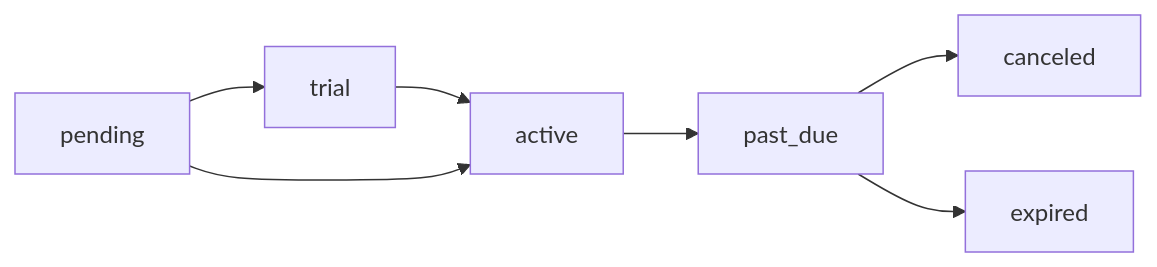
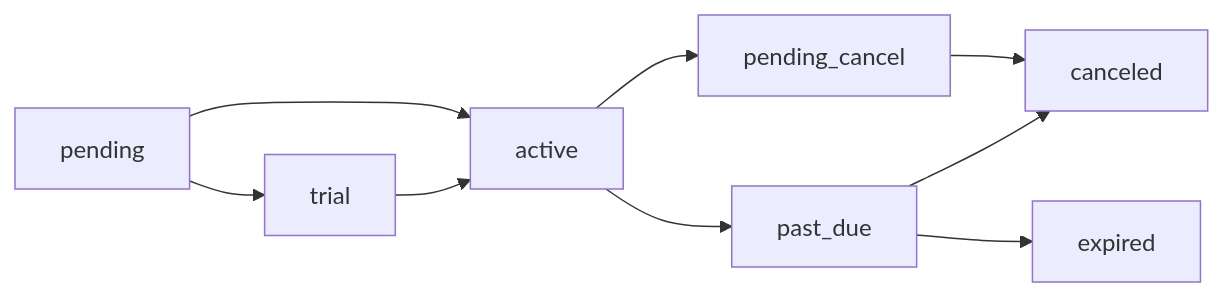
The diagram in concepts/subscriptions.mdx (crovver/docs), drawn with Mermaid before and after one commit. The commit also changed other lines of this file and 8 other files, not shown here.

````diff
--- a/concepts/subscriptions.mdx
+++ b/concepts/subscriptions.mdx
@@ -21,6 +22,7 @@
 ```mermaid
 flowchart LR
     pending --> trial --> active --> past_due --> canceled
     pending --> active
     past_due --> expired
+    active --> pending_cancel --> canceled
 ```
````
